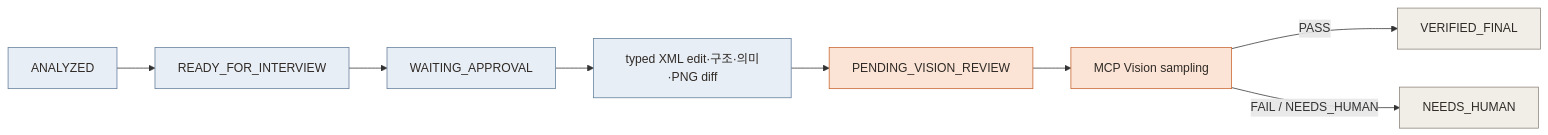
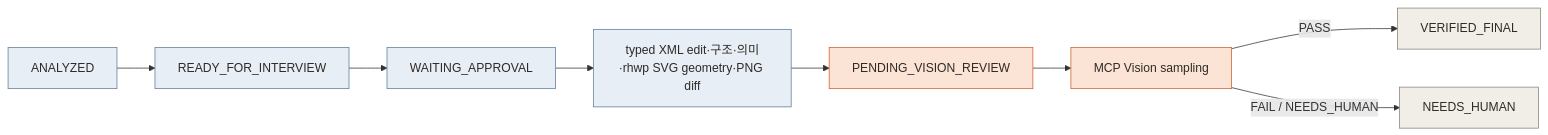
One commit to fowoco/ai changed the diagram in README.md. Above: the diagram before and after it, drawn with Mermaid. The commit also changed other lines of this file and 9 other files, not shown here.

Commit message:
fix: analyze rhwp SVG geometry in form workflow

````diff
--- a/README.md
+++ b/README.md
@@ -28,18 +28,18 @@
 ```mermaid
 flowchart LR
     A["ANALYZED"] --> I["READY_FOR_INTERVIEW"]
     I --> P["WAITING_APPROVAL"]
-    P --> X["typed XML edit·구조·의미·PNG diff"]
+    P --> X["typed XML edit·구조·의미·rhwp SVG geometry·PNG diff"]
     X --> V["PENDING_VISION_REVIEW"]
     V --> R["MCP Vision sampling"]
     R -- "PASS" --> F["VERIFIED_FINAL"]
     R -- "FAIL / NEEDS_HUMAN" --> H["NEEDS_HUMAN"]
 
     classDef mcp fill:#e8eef5,stroke:#607d9a,color:#2f2a26
     classDef guard fill:#fbe4d6,stroke:#c9632d,color:#2f2a26
     classDef result fill:#f1eee8,stroke:#8a8178,color:#2f2a26
 
     class A,I,P,X mcp
     class V,R guard
     class F,H result
 ```
````
